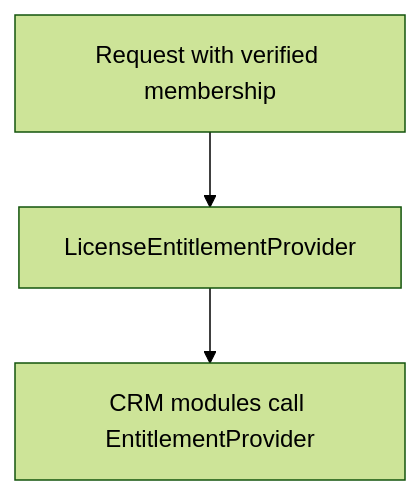
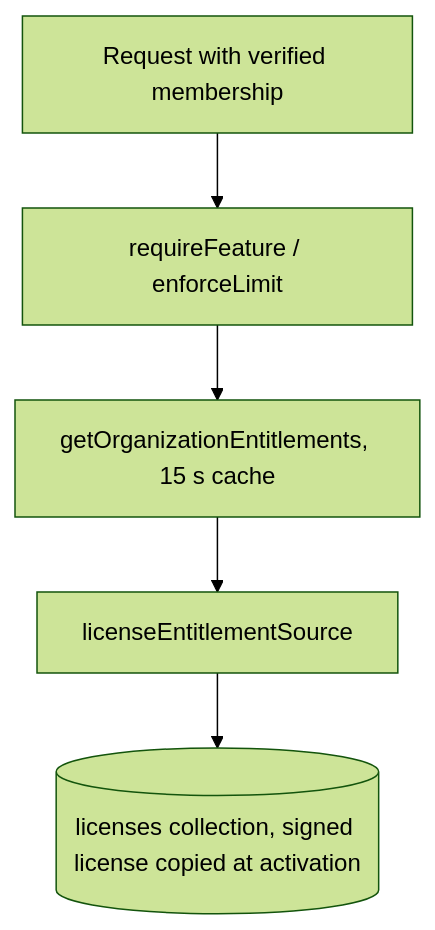
One commit to alwahab20089-crypto/Estateflow_CRM changed the second of 3 diagrams in docs/SYSTEM_ARCHITECTURE.md. Above: the diagram before and after it, drawn with Mermaid (forest theme). The commit also changed other lines of this file and 11 other files, not shown here.

````diff
--- a/docs/SYSTEM_ARCHITECTURE.md
+++ b/docs/SYSTEM_ARCHITECTURE.md
@@ -66,5 +69,7 @@
 ```mermaid
 flowchart TD
-  Req[Request with verified membership] --> L[LicenseEntitlementProvider]
-  L --> Core[CRM modules call EntitlementProvider]
+  Req[Request with verified membership] --> G[requireFeature / enforceLimit]
+  G --> E[getOrganizationEntitlements, 15 s cache]
+  E --> S[licenseEntitlementSource]
+  S --> L[(licenses collection, signed license copied at activation)]
 ```
````
